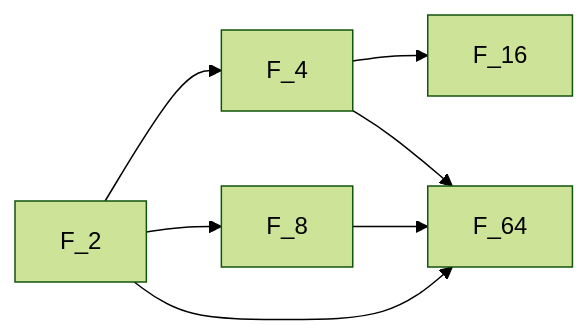
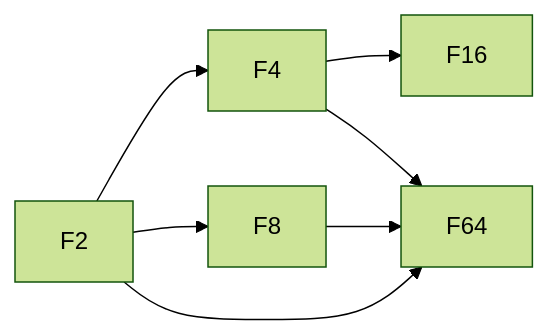
Before and after one commit to Phryxia/math-map: the diagram in docs/finite-fields.md, drawn with Mermaid (forest theme). The commit also changed other lines of this file and 1 other file, not shown here.

Commit message:
trim finite-fields and finite-automata intuition to two paragraphs
Claude-Session: https://claude.ai/code/session_01FdkZPJmgBV1XM2M5UtgzeT

````diff
--- a/docs/finite-fields.md
+++ b/docs/finite-fields.md
@@ -21,9 +83,9 @@
 ```mermaid
 graph LR
-  F2["F_2"] --> F4["F_4"]
-  F4 --> F16["F_16"]
-  F2 --> F8["F_8"]
-  F8 --> F64["F_64"]
+  F2["F2"] --> F4["F4"]
+  F4 --> F16["F16"]
+  F2 --> F8["F8"]
+  F8 --> F64["F64"]
   F4 --> F64
   F2 --> F64
 ```
````
